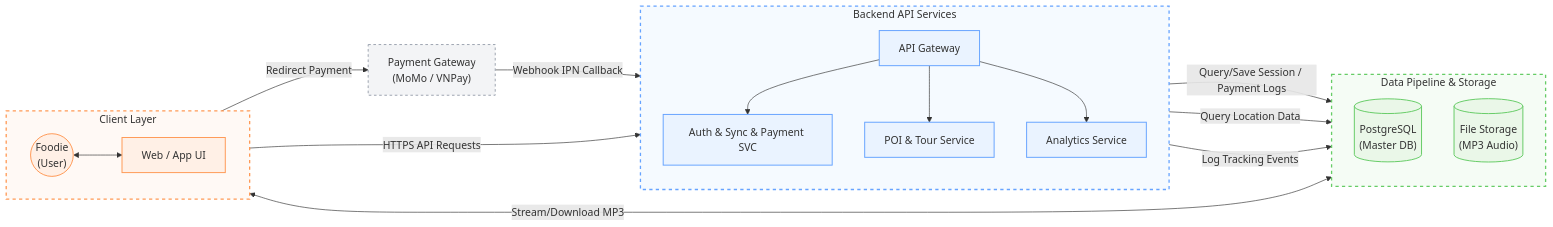
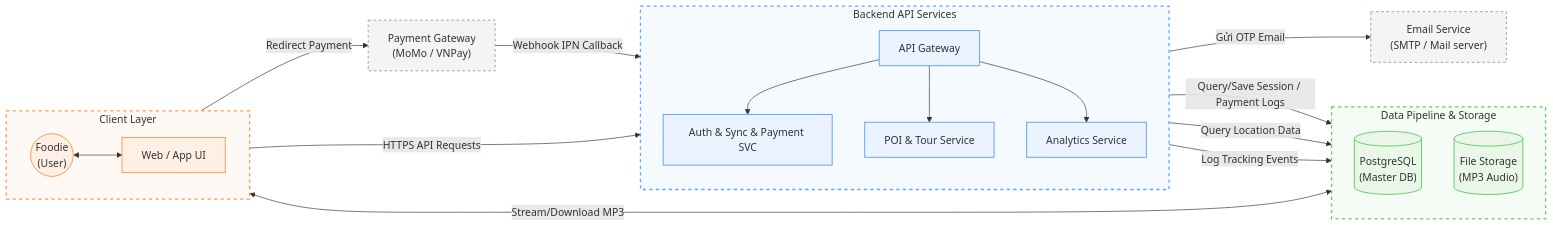
The first of 3 diagrams in docs/diagram-system-architecture-flow.md (ngsouthbrother04/PhoAmThuc), drawn with Mermaid before and after one commit. The commit also changed 3 other files, not shown here.

Commit message:
fix diagrams

````diff
--- a/docs/diagram-system-architecture-flow.md
+++ b/docs/diagram-system-architecture-flow.md
@@ -7,53 +7,55 @@
 ```mermaid
 flowchart LR
     %% Subgraphs representing the boxes in the image
     subgraph Client ["Client Layer"]
         direction LR
         U(("Foodie<br>(User)")) <--> W["Web / App UI"]
     end
 
     subgraph Backend ["Backend API Services"]
         direction TB
         API["API Gateway"]
         AuthSVC["Auth & Sync & Payment SVC"]
         POISVC["POI & Tour Service"]
         AnaSVC["Analytics Service"]
         
         API --> AuthSVC
         API --> POISVC
         API --> AnaSVC
     end
 
     subgraph DB ["Data Pipeline & Storage"]
         direction TB
         PG[("PostgreSQL<br>(Master DB)")]
         FS[("File Storage<br>(MP3 Audio)")]
     end
     
     PaymentGateway["Payment Gateway<br>(MoMo / VNPay)"]
+    EmailService["Email Service<br>(SMTP / Mail server)"]
 
     W -- "HTTPS API Requests" --> API
     W -- "Redirect Payment" --> PaymentGateway
     PaymentGateway -- "Webhook IPN Callback" --> API
 
     AuthSVC -- "Query/Save Session / Payment Logs" --> PG
+    AuthSVC -- "Gửi OTP Email" --> EmailService
     POISVC -- "Query Location Data" --> PG
     AnaSVC -- "Log Tracking Events" --> PG
     
     W <-- "Stream/Download MP3" --> FS
 
     %% CSS matches Orange (Client), Blue (Backend), Green (DB)
     classDef client fill:#FFF0E6,stroke:#FF9955,stroke-width:1.5px,color:#333;
     classDef backend fill:#EAF3FF,stroke:#66A3FF,stroke-width:1.5px,color:#333;
     classDef database fill:#EAF7E8,stroke:#66CC66,stroke-width:1.5px,color:#333;
     classDef external fill:#F3F4F6,stroke:#9CA3AF,stroke-width:1.5px,color:#333,stroke-dasharray: 4 4;
 
     class U,W client;
     class API,AuthSVC,POISVC,AnaSVC backend;
     class PG,FS database;
-    class PaymentGateway external;
+    class PaymentGateway,EmailService external;
     
     style Client fill:#FFF9F5,stroke:#FF9955,stroke-width:2px,color:#333,stroke-dasharray: 5 5
     style Backend fill:#F5FAFF,stroke:#66A3FF,stroke-width:2px,color:#333,stroke-dasharray: 5 5
     style DB fill:#F5FCF5,stroke:#66CC66,stroke-width:2px,color:#333,stroke-dasharray: 5 5
 ```
````
